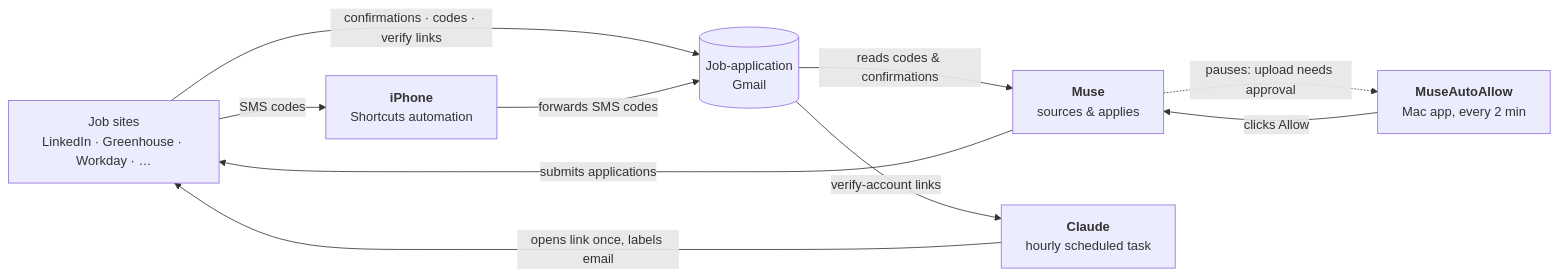
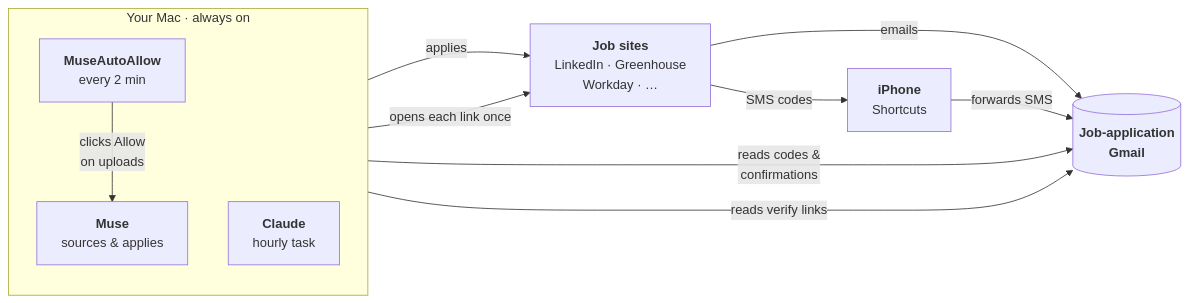
Before and after one commit to Dark417/muse-auto-job-apply: the diagram in README.md, drawn with Mermaid. The commit also changed 1 other file, not shown here.

Commit message:
Redraw README diagrams so all arrows flow one way, no crossings

````diff
--- a/README.md
+++ b/README.md
@@ -31,19 +31,22 @@
 ```mermaid
 flowchart LR
-    Jobs["Job sites<br/>LinkedIn · Greenhouse · Workday · …"]
-    Muse["<b>Muse</b><br/>sources &amp; applies"]
-    Allow["<b>MuseAutoAllow</b><br/>Mac app, every 2 min"]
-    Gmail[("Job-application<br/>Gmail")]
-    Claude["<b>Claude</b><br/>hourly scheduled task"]
-    Phone["<b>iPhone</b><br/>Shortcuts automation"]
+    subgraph MAC["Your Mac · always on"]
+        direction TB
+        Allow["<b>MuseAutoAllow</b><br/>every 2 min"]
+        Muse["<b>Muse</b><br/>sources &amp; applies"]
+        Claude["<b>Claude</b><br/>hourly task"]
+        Allow -- "clicks Allow<br/>on uploads" --> Muse
+    end
 
-    Muse -- "submits applications" --> Jobs
-    Muse -. "pauses: upload needs approval" .-> Allow
-    Allow -- "clicks Allow" --> Muse
-    Jobs -- "confirmations · codes · verify links" --> Gmail
+    Jobs["<b>Job sites</b><br/>LinkedIn · Greenhouse<br/>Workday · …"]
+    Phone["<b>iPhone</b><br/>Shortcuts"]
+    Gmail[("<b>Job-application<br/>Gmail</b>")]
+
+    Muse -- "applies" --> Jobs
+    Muse -- "reads codes &amp;<br/>confirmations" --> Gmail
+    Claude -- "reads verify links" --> Gmail
+    Claude -- "opens each link once" --> Jobs
+    Jobs -- "emails" --> Gmail
     Jobs -- "SMS codes" --> Phone
-    Phone -- "forwards SMS codes" --> Gmail
-    Gmail -- "reads codes &amp; confirmations" --> Muse
-    Gmail -- "verify-account links" --> Claude
-    Claude -- "opens link once, labels email" --> Jobs
+    Phone -- "forwards SMS" --> Gmail
 ```
````
